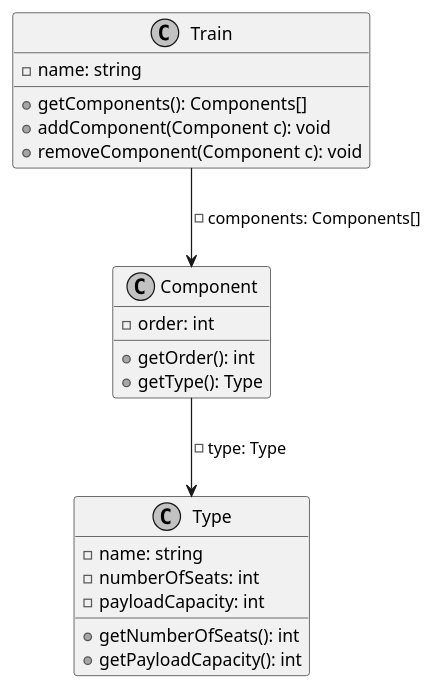
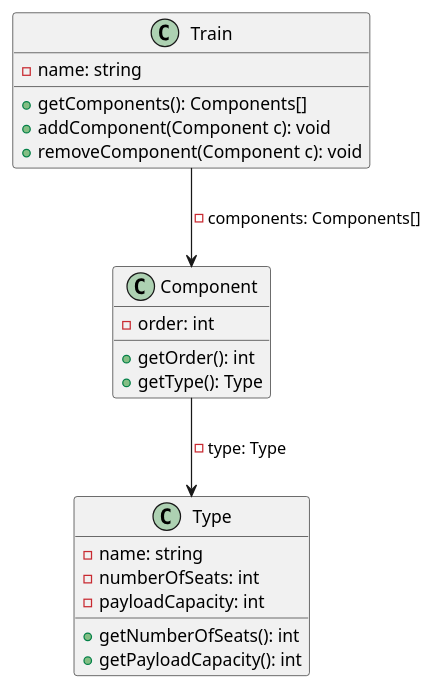
The diagram in README.md (LSVH/hbo-ict-pafr-rich-rail), drawn with PlantUML before and after one commit.

Commit message:
Set class diagram bg to white

````diff
--- a/README.md
+++ b/README.md
@@ -31,27 +31,27 @@
 ```plantuml:simpel-klassendiagram
-skinparam monochrome true
+skinparam backgroundColor #FFFFFF
 
 class Train {
   - name: string
   + getComponents(): Components[]
   + addComponent(Component c): void
   + removeComponent(Component c): void
 }
 
 class Type {
   - name: string
   - numberOfSeats: int
   - payloadCapacity: int
   + getNumberOfSeats(): int
   + getPayloadCapacity(): int
 }
 
 class Component {
   - order: int
   + getOrder(): int
   + getType(): Type
 }
 
 Train --> Component: - components: Components[]
 Component --> Type: - type: Type
 ```
````
